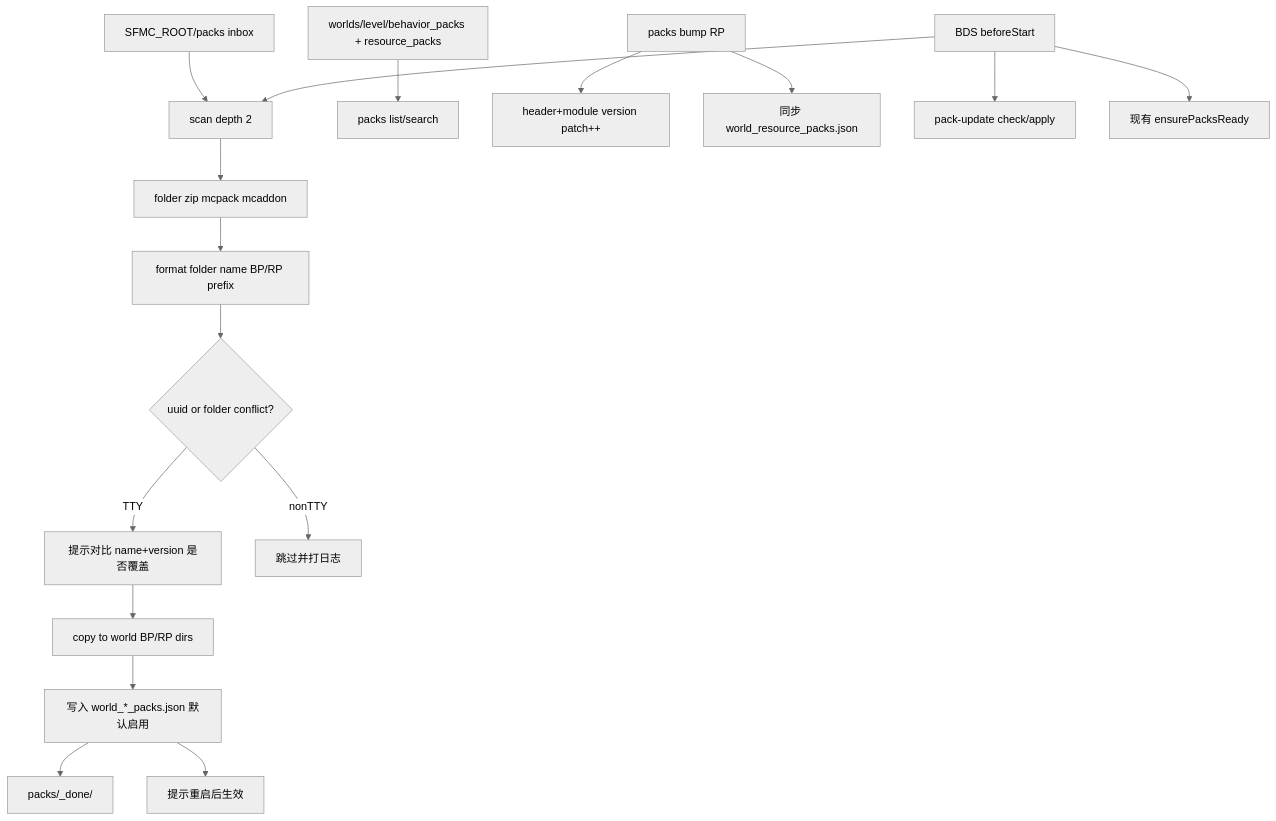
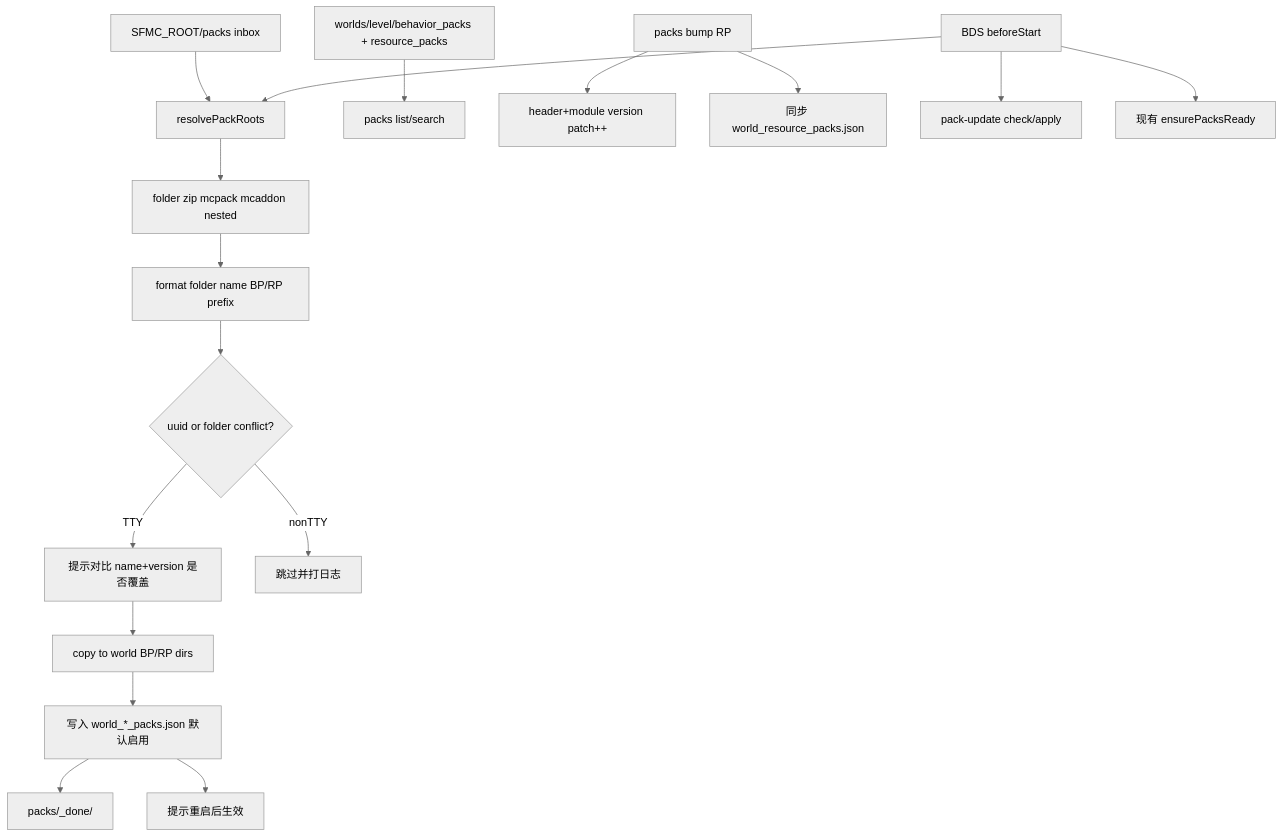
The diagram in docs/guide/world-packs.md (DogeLakeDev/ScriptsForMinecraftServer), drawn with Mermaid (neutral theme) before and after one commit. The commit also changed other lines of this file and 25 other files, not shown here.

````diff
--- a/docs/guide/world-packs.md
+++ b/docs/guide/world-packs.md
@@ -23,19 +23,19 @@
 ```mermaid
 flowchart TB
-  inbox["SFMC_ROOT/packs inbox"] --> scan[scan depth 2]
-  scan --> detect[folder zip mcpack mcaddon]
+  inbox["SFMC_ROOT/packs inbox"] --> scan[resolvePackRoots]
+  scan --> detect[folder zip mcpack mcaddon nested]
   detect --> formatName[format folder name BP/RP prefix]
   formatName --> conflict{uuid or folder conflict?}
   conflict -->|TTY| prompt[提示对比 name+version 是否覆盖]
   conflict -->|nonTTY| skipWarn[跳过并打日志]
   prompt --> install[copy to world BP/RP dirs]
   install --> enable[写入 world_*_packs.json 默认启用]
   enable --> done["packs/_done/"]
   enable --> restartHint[提示重启后生效]
   world["worlds/level/behavior_packs + resource_packs"] --> list[packs list/search]
   bump[packs bump RP] --> manifest[header+module version patch++]
   bump --> enableList[同步 world_resource_packs.json]
   beforeStart[BDS beforeStart] --> scan
   beforeStart --> packUpdate[pack-update check/apply]
   beforeStart --> ensurePacksReady[现有 ensurePacksReady]
 ```
````
